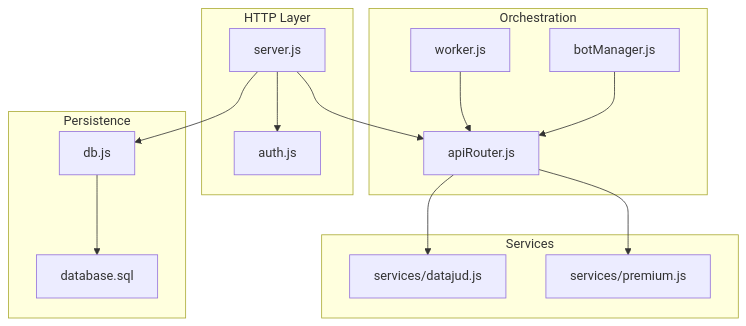
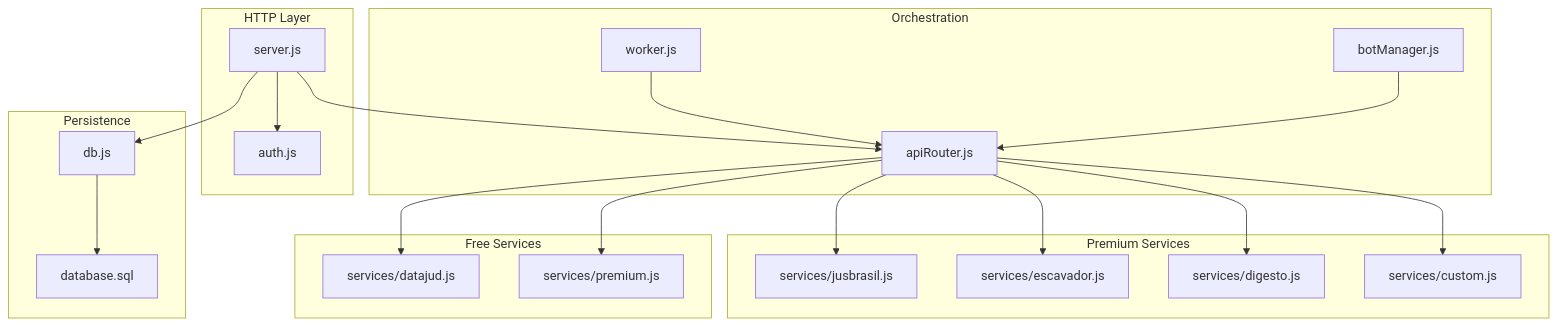
One commit to Alexandrexicara/bot-processos changed the first of 5 diagrams in .qoder/repowiki/en/content/API Integration Layer/Tiered Access Strategy.md. Above: the diagram before and after it, drawn with Mermaid. The commit also changed other lines of this file and 10 other files, not shown here.

````diff
--- a/.qoder/repowiki/en/content/API Integration Layer/Tiered Access Strategy.md
+++ b/.qoder/repowiki/en/content/API Integration Layer/Tiered Access Strategy.md
@@ -44,28 +59,38 @@
 ```mermaid
 graph TB
 subgraph "HTTP Layer"
 S["server.js"]
 A["auth.js"]
 end
 subgraph "Orchestration"
 R["apiRouter.js"]
 W["worker.js"]
 BM["botManager.js"]
 end
-subgraph "Services"
+subgraph "Premium Services"
+JB["services/jusbrasil.js"]
+ESC["services/escavador.js"]
+DIG["services/digesto.js"]
+CUS["services/custom.js"]
+end
+subgraph "Free Services"
 DJ["services/datajud.js"]
-PR["services/premium.js"]
+PREM["services/premium.js"]
 end
 subgraph "Persistence"
 DB["db.js"]
 SQL["database.sql"]
 end
 S --> A
 S --> R
+R --> JB
+R --> ESC
 R --> DJ
-R --> PR
+R --> DIG
+R --> CUS
+R --> PREM
 W --> R
 BM --> R
 S --> DB
 DB --> SQL
 ```
````
